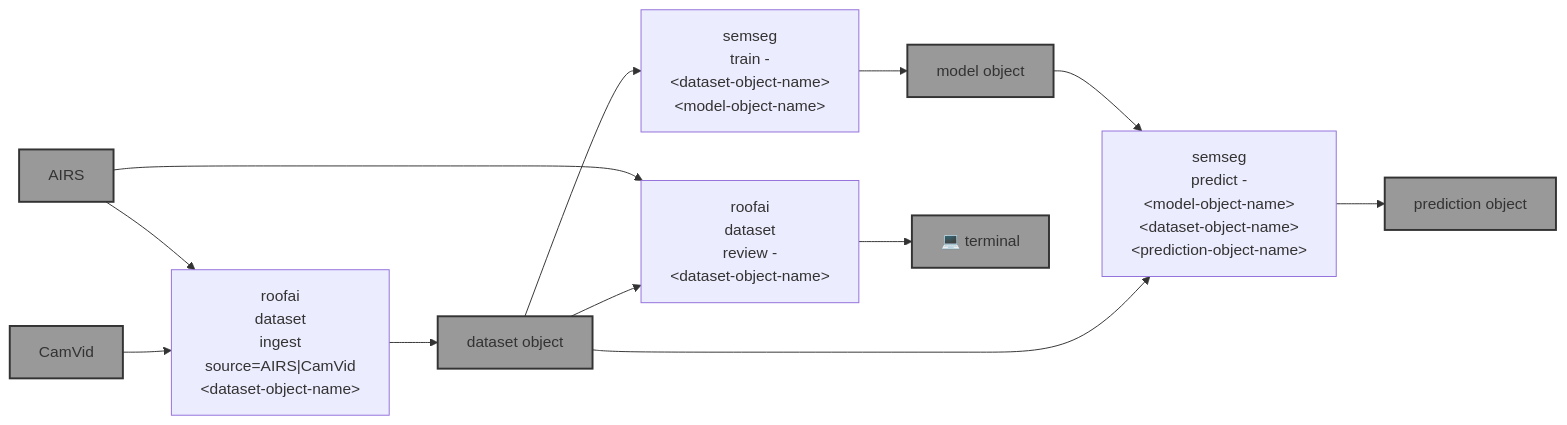
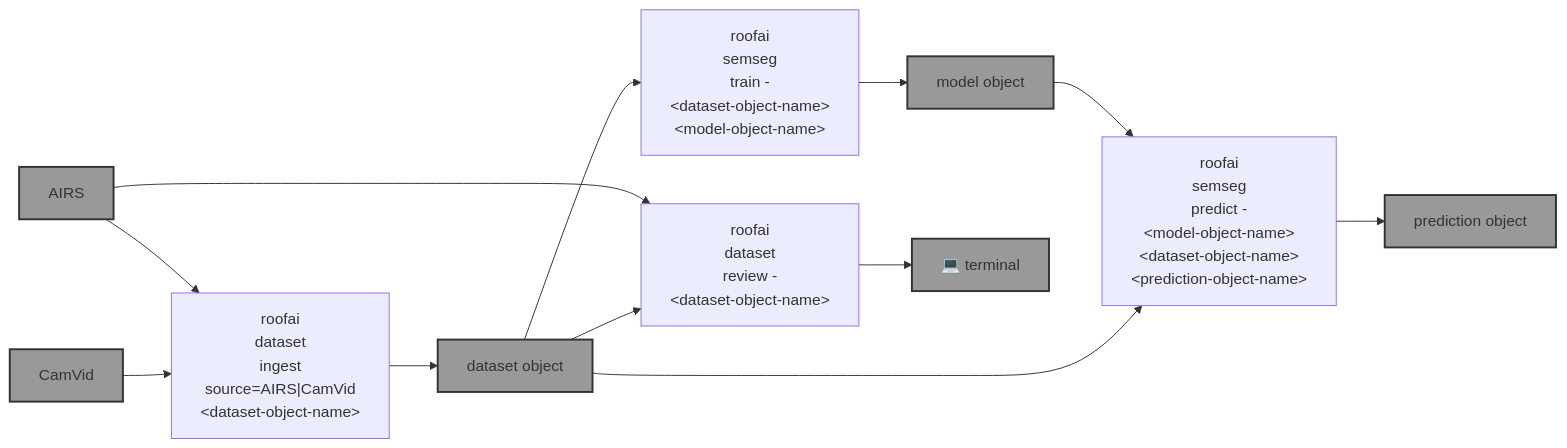
One commit to kamangir/roofAI changed the diagram in README.md. Above: the diagram before and after it, drawn with Mermaid. The commit also changed other lines of this file and 3 other files, not shown here.

````diff
--- a/README.md
+++ b/README.md
@@ -9,34 +9,34 @@
 ```mermaid
 graph LR
     dataset_ingest["roofai<br>dataset<br>ingest<br>source=AIRS|CamVid<br>&lt;dataset-object-name&gt;"]
 
     dataset_review["roofai<br>dataset<br>review -<br>&lt;dataset-object-name&gt;"]
 
-    semseg_train["semseg<br>train -<br>&lt;dataset-object-name&gt;<br>&lt;model-object-name&gt;"]
+    semseg_train["roofai<br>semseg<br>train -<br>&lt;dataset-object-name&gt;<br>&lt;model-object-name&gt;"]
 
-    semseg_predict["semseg<br>predict -<br>&lt;model-object-name&gt;<br>&lt;dataset-object-name&gt;<br>&lt;prediction-object-name&gt;"]
+    semseg_predict["roofai<br>semseg<br>predict -<br>&lt;model-object-name&gt;<br>&lt;dataset-object-name&gt;<br>&lt;prediction-object-name&gt;"]
 
     AIRS["AIRS"]:::folder
     CamVid["CamVid"]:::folder
     dataset_object_name["dataset object"]:::folder
     model_object_name["model object"]:::folder
     prediction_object_name["prediction object"]:::folder
     terminal["💻 terminal"]:::folder
 
     AIRS --> dataset_ingest
     CamVid --> dataset_ingest
     dataset_ingest --> dataset_object_name
 
     AIRS --> dataset_review
     dataset_object_name --> dataset_review
     dataset_review --> terminal
 
     dataset_object_name --> semseg_train
     semseg_train --> model_object_name
 
     model_object_name --> semseg_predict
     dataset_object_name --> semseg_predict
     semseg_predict --> prediction_object_name
 
     classDef folder fill:#999,stroke:#333,stroke-width:2px;
 ```
````
